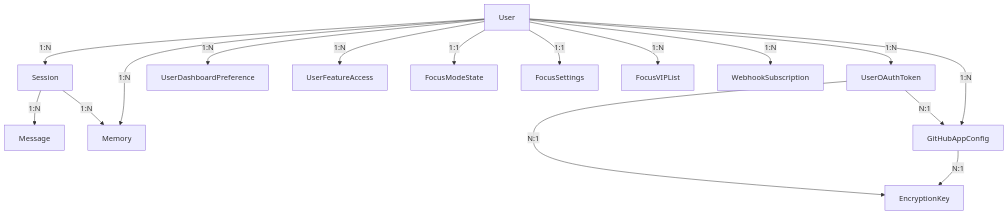
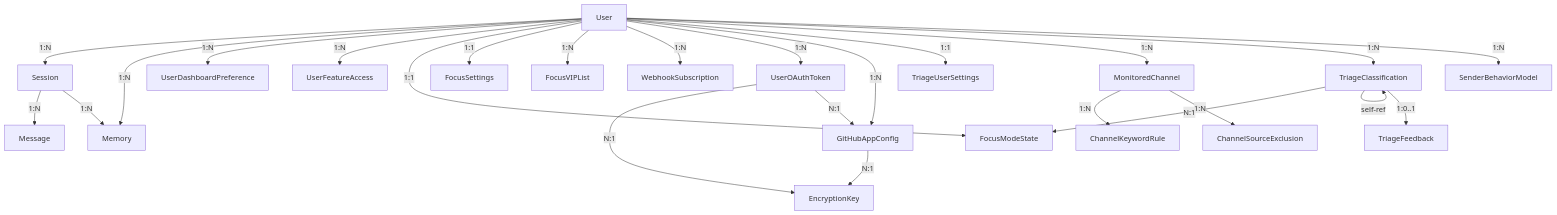
The diagram in .claude/diagrams/database-erd.md (tekkno89/alfred-pa), drawn with Mermaid before and after one commit. The commit also changed other lines of this file and 3 other files, not shown here.

First line of the commit message:
docs: Add triage system diagrams and update project overview

````diff
--- a/.claude/diagrams/database-erd.md
+++ b/.claude/diagrams/database-erd.md
@@ -5,18 +5,28 @@
 ```mermaid
 graph TD
     A[User] -->|1:N| B[Session]
     A -->|1:N| C[Memory]
     A -->|1:N| E[UserDashboardPreference]
     A -->|1:N| F[UserFeatureAccess]
     A -->|1:1| G[FocusModeState]
     A -->|1:1| H[FocusSettings]
     A -->|1:N| I[FocusVIPList]
     A -->|1:N| J[WebhookSubscription]
     A -->|1:N| K[UserOAuthToken]
     A -->|1:N| M[GitHubAppConfig]
     K -->|N:1| L[EncryptionKey]
     K -->|N:1| M
     M -->|N:1| L
     B -->|1:N| D[Message]
     B -->|1:N| C
+
+    A -->|1:1| TUS[TriageUserSettings]
+    A -->|1:N| MC[MonitoredChannel]
+    A -->|1:N| TC[TriageClassification]
+    A -->|1:N| SBM[SenderBehaviorModel]
+    MC -->|1:N| CKR[ChannelKeywordRule]
+    MC -->|1:N| CSE[ChannelSourceExclusion]
+    TC -->|N:1| G
+    TC -->|self-ref| TC
+    TC -->|1:0..1| TF[TriageFeedback]
 ```
````
